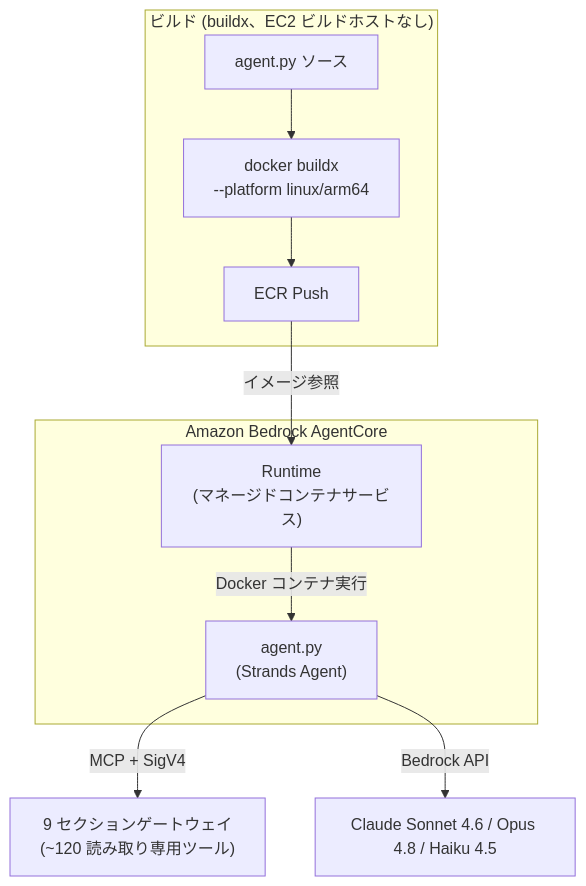
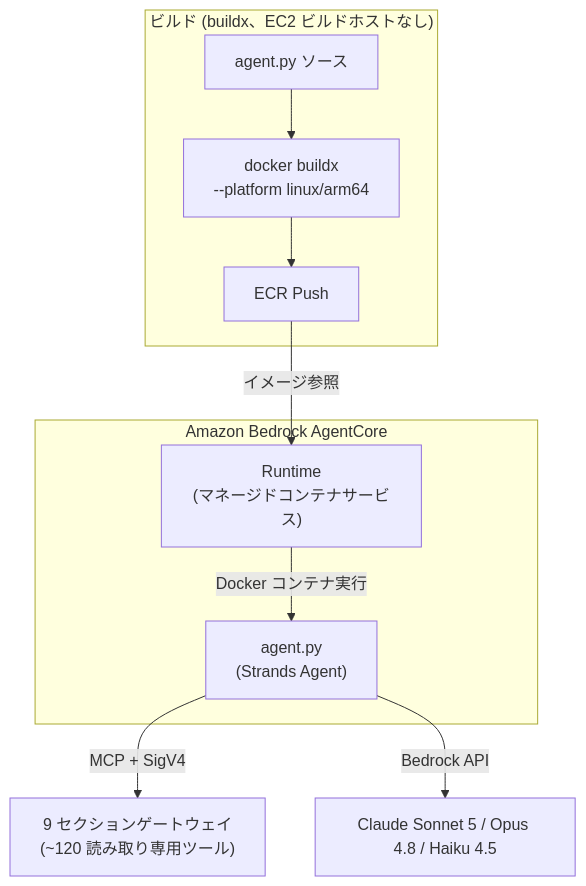
The second of 7 diagrams in docs-site/i18n/ja/docusaurus-plugin-content-docs/current/faq/agentcore-memory.md (Atom-oh/awsops), drawn with Mermaid before and after one commit. The commit also changed 18 other files, not shown here.

````diff
--- a/docs-site/i18n/ja/docusaurus-plugin-content-docs/current/faq/agentcore-memory.md
+++ b/docs-site/i18n/ja/docusaurus-plugin-content-docs/current/faq/agentcore-memory.md
@@ -40,17 +40,17 @@
 ```mermaid
 flowchart TD
   subgraph AC["Amazon Bedrock AgentCore"]
     RT["Runtime<br/>(マネージドコンテナサービス)"]
     RT -->|"Docker コンテナ実行"| AGENT["agent.py<br/>(Strands Agent)"]
   end
 
   subgraph BUILD["ビルド (buildx、EC2 ビルドホストなし)"]
     SRC["agent.py ソース"] --> DOCKER["docker buildx<br/>--platform linux/arm64"]
     DOCKER --> ECR["ECR Push"]
   end
 
   ECR -->|"イメージ参照"| RT
 
   AGENT -->|"MCP + SigV4"| GW["9 セクションゲートウェイ<br/>(~120 読み取り専用ツール)"]
-  AGENT -->|"Bedrock API"| MODEL["Claude Sonnet 4.6 / Opus 4.8 / Haiku 4.5"]
+  AGENT -->|"Bedrock API"| MODEL["Claude Sonnet 5 / Opus 4.8 / Haiku 4.5"]
 ```
````
